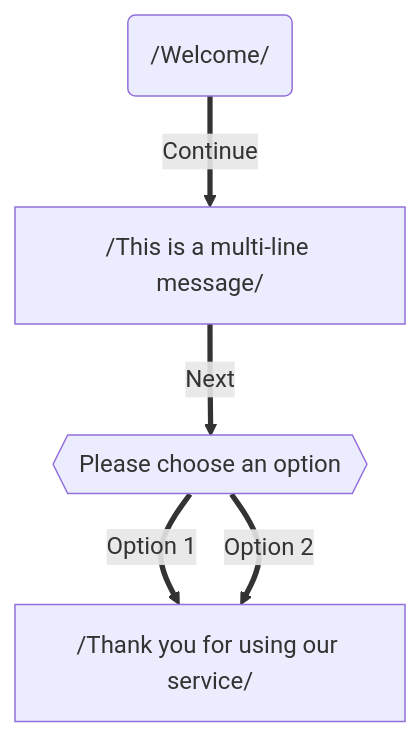
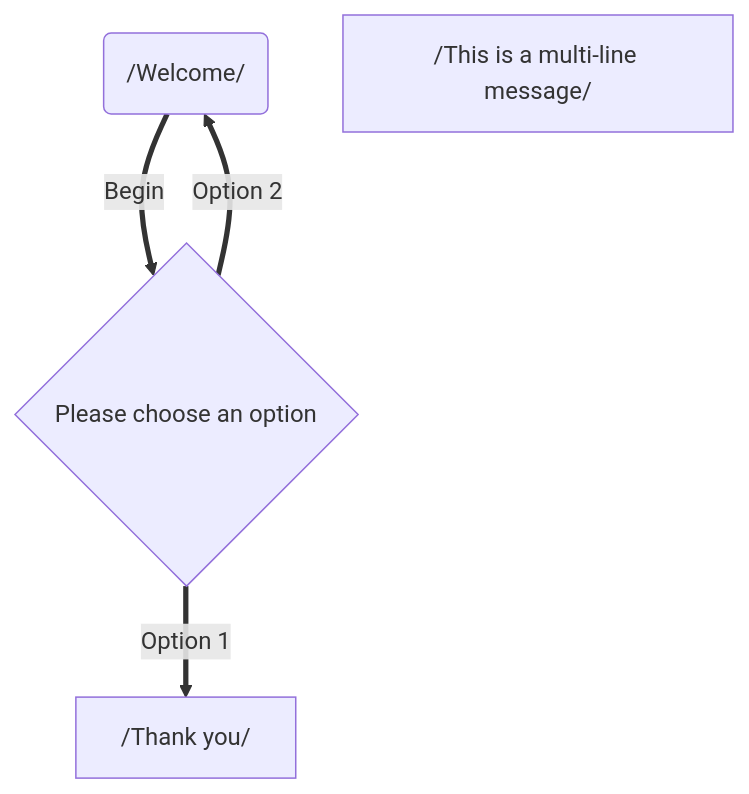
Before and after one commit to dexoon/mermaid-template-checker: the diagram in tests/correct/multi-line-labels.md, drawn with Mermaid. The commit also changed 12 other files, not shown here.

Commit message:
feat: add support for stadium shaped nodes in Mermaid flowcharts; enhance validation logic and tests for multi-line labels

````diff
--- a/tests/correct/multi-line-labels.md
+++ b/tests/correct/multi-line-labels.md
@@ -3,14 +3,13 @@
 ```mermaid
 flowchart TD
   %% Node Definitions
   START("/Welcome/")
   MESSAGE["/This is a multi-line message/"]
-  CHOICE{{"Please choose an option"}}
-  END["/Thank you for using our service/"]
+  CHOICE{"Please choose an option"}
+  END["/Thank you/"]
   
   %% Connections
-  START == "Continue" ==> MESSAGE
-  MESSAGE == "Next" ==> CHOICE
+  START == "Begin" ==> CHOICE
   CHOICE == "Option 1" ==> END
-  CHOICE == "Option 2" ==> END
+  CHOICE == "Option 2" ==> START
 ```
````
